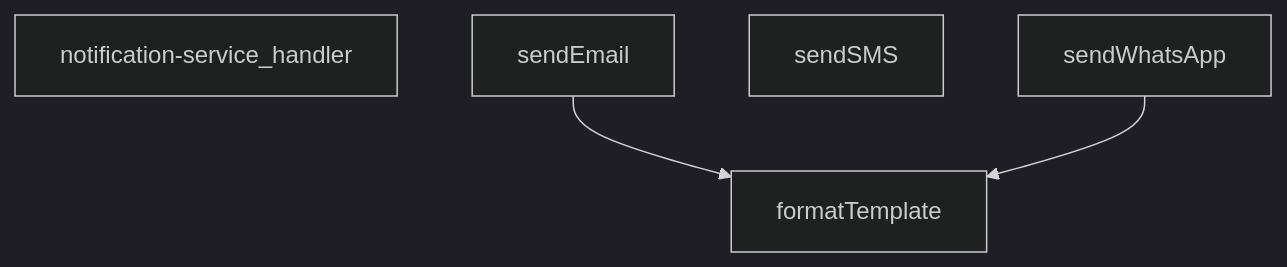
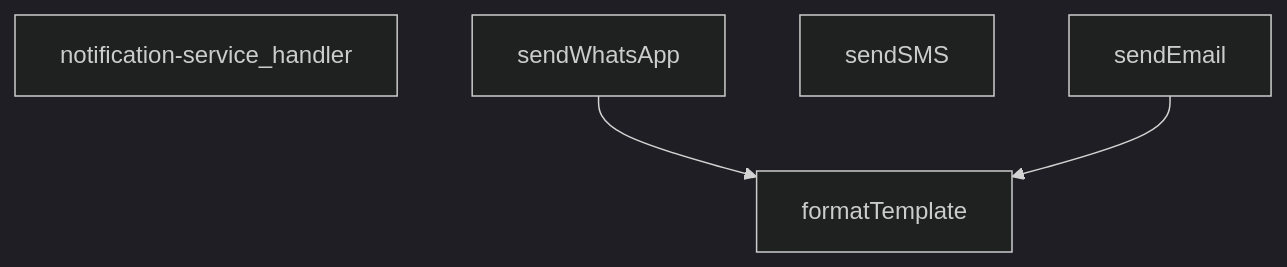
Before and after one commit to peckop/venthub-hvac-esite: the second of 9 diagrams in docs/supabase_functions_master.md, drawn with Mermaid (dark theme). The commit also changed other lines of this file and 31 other files, not shown here.

````diff
--- a/docs/supabase_functions_master.md
+++ b/docs/supabase_functions_master.md
@@ -1950,10 +1977,10 @@
 ```mermaid
 graph TD
     index_ts__formatTemplate["formatTemplate"]
     index_ts__notification-service_handler["notification-service_handler"]
     index_ts__sendEmail["sendEmail"]
     index_ts__sendSMS["sendSMS"]
     index_ts__sendWhatsApp["sendWhatsApp"]
+    index_ts__sendWhatsApp --> index_ts__formatTemplate
     index_ts__sendEmail --> index_ts__formatTemplate
-    index_ts__sendWhatsApp --> index_ts__formatTemplate
 ```
````
